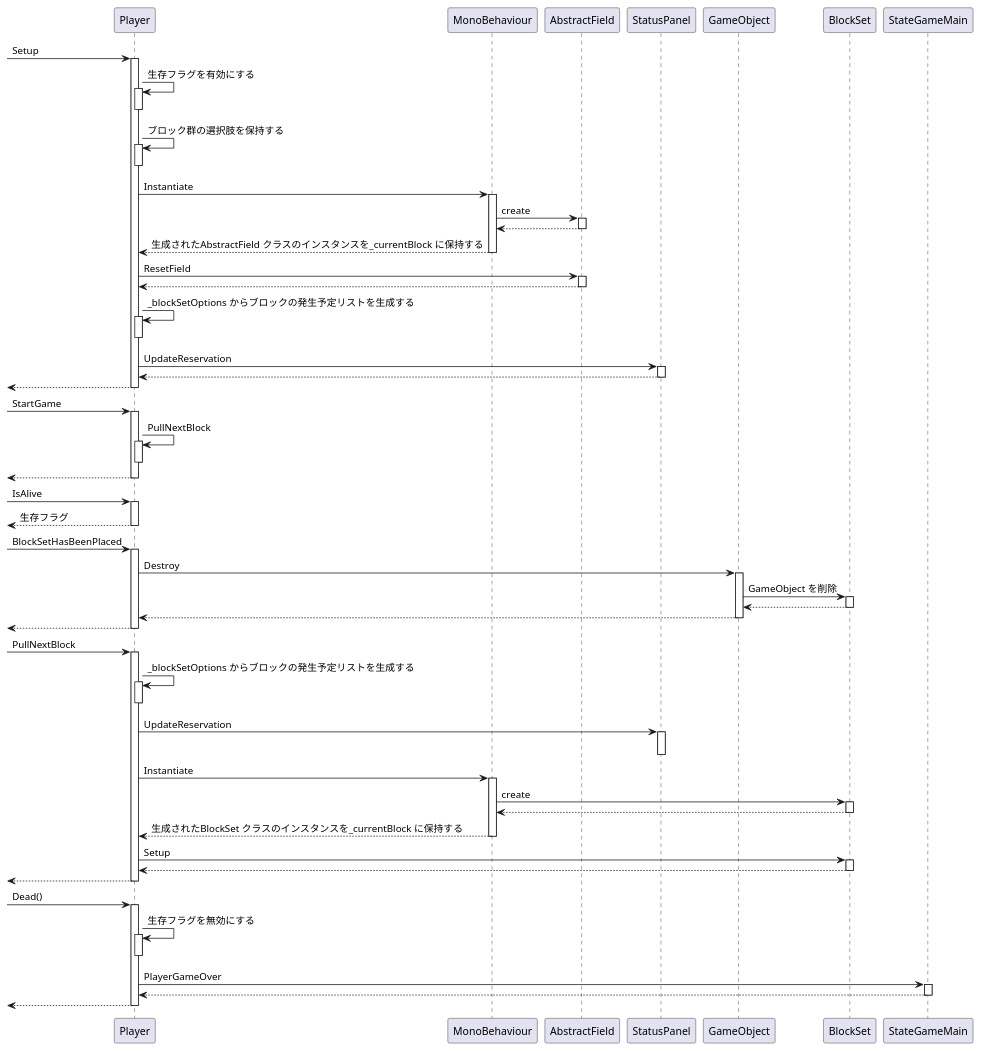
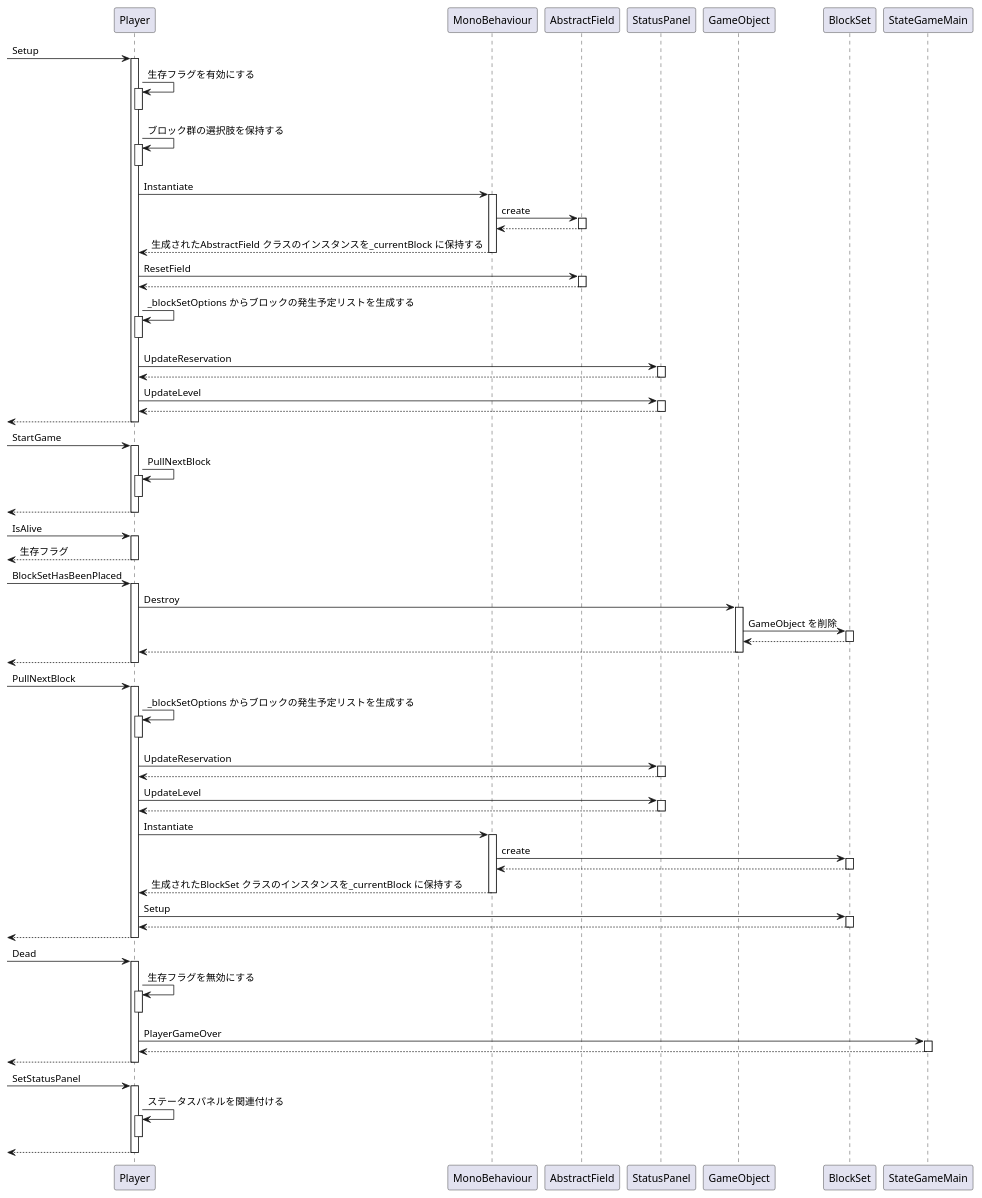
One commit to azarashin/UnityTetris changed the diagram in Documents/PlantUML/SQD_Player.pu. Above: the diagram before and after it, drawn with PlantUML. The commit also changed 20 other files, not shown here.

```diff
--- a/Documents/PlantUML/SQD_Player.pu
+++ b/Documents/PlantUML/SQD_Player.pu
@@ -1,98 +1,114 @@
 @startuml
 
 ' StatusPanel のインスタンスはPlayer からしかアクセスできないのと、
 ' 単純な処理しか実行していないため、スタブを用いた試験は一旦見送る
 
 [-> Player : Setup
 activate Player
     Player -> Player : 生存フラグを有効にする
     activate Player
     deactivate Player
     Player -> Player : ブロック群の選択肢を保持する
     activate Player
     deactivate Player
     Player -> MonoBehaviour : Instantiate
     activate MonoBehaviour
         MonoBehaviour -> AbstractField : create
         activate AbstractField
             MonoBehaviour <-- AbstractField
         deactivate AbstractField
         Player <-- MonoBehaviour : 生成されたAbstractField クラスのインスタンスを_currentBlock に保持する
     deactivate MonoBehaviour
     Player -> AbstractField : ResetField
     activate AbstractField
         Player <-- AbstractField
     deactivate AbstractField
     Player -> Player : _blockSetOptions からブロックの発生予定リストを生成する
     activate Player
     deactivate Player
     Player -> StatusPanel : UpdateReservation
+    activate StatusPanel
+        Player <-- StatusPanel
+    deactivate StatusPanel
+    Player -> StatusPanel : UpdateLevel
     activate StatusPanel
         Player <-- StatusPanel
     deactivate StatusPanel
     [<-- Player
 deactivate Player
 
 [-> Player : StartGame
 activate Player
     Player -> Player : PullNextBlock
     activate Player
     deactivate Player
     [<-- Player
 deactivate Player
 
 [-> Player : IsAlive
 activate Player
     [<-- Player : 生存フラグ
 deactivate Player
 
 [-> Player : BlockSetHasBeenPlaced
 activate Player
     Player -> GameObject : Destroy
     activate GameObject
         GameObject -> BlockSet : GameObject を削除
         activate BlockSet
             GameObject <-- BlockSet
         deactivate BlockSet
         Player <-- GameObject
     deactivate GameObject
     [<-- Player
 deactivate Player
 
 [-> Player : PullNextBlock
 activate Player
     Player -> Player : _blockSetOptions からブロックの発生予定リストを生成する
     activate Player
     deactivate Player
     Player -> StatusPanel : UpdateReservation
     activate StatusPanel
+        Player <-- StatusPanel
+    deactivate StatusPanel
+    Player -> StatusPanel : UpdateLevel
+    activate StatusPanel
+        Player <-- StatusPanel
     deactivate StatusPanel
     Player -> MonoBehaviour : Instantiate
     activate MonoBehaviour
         MonoBehaviour -> BlockSet : create
         activate BlockSet
             MonoBehaviour <-- BlockSet
         deactivate BlockSet
         Player <-- MonoBehaviour : 生成されたBlockSet クラスのインスタンスを_currentBlock に保持する
     deactivate MonoBehaviour
     Player -> BlockSet : Setup
     activate BlockSet
         Player <-- BlockSet
     deactivate BlockSet
     [<-- Player
 deactivate Player
 
-[-> Player : Dead()
+[-> Player : Dead
 activate Player
     Player -> Player : 生存フラグを無効にする
     activate Player
     deactivate Player
     Player -> StateGameMain : PlayerGameOver
     activate StateGameMain
         Player <-- StateGameMain
     deactivate StateGameMain
     [<-- Player
 deactivate Player
 
+[-> Player : SetStatusPanel
+activate Player
+    Player -> Player : ステータスパネルを関連付ける
+    activate Player
+    deactivate Player
+    [<-- Player
+deactivate Player
 
 @enduml
```
